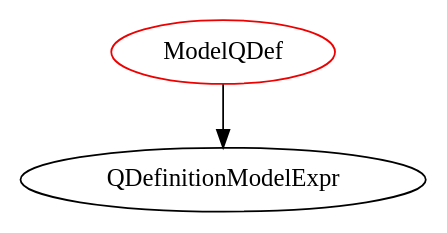
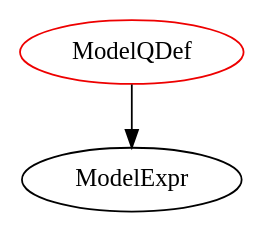
Before and after one commit to JacquesCarette/Drasil: the diagram in analysis/TypeDependencyGraphs/lang/ModelQDef.dot, drawn with Graphviz. The commit also changed 1061 other files, not shown here.

```diff
--- a/analysis/TypeDependencyGraphs/lang/ModelQDef.dot
+++ b/analysis/TypeDependencyGraphs/lang/ModelQDef.dot
@@ -1,4 +1,4 @@
 digraph modelqdef{
 ModelQDef	[shape=oval, color=red2, label="ModelQDef"];
-ModelQDef -> QDefinitionModelExpr;
+ModelQDef -> ModelExpr;
 }
```
